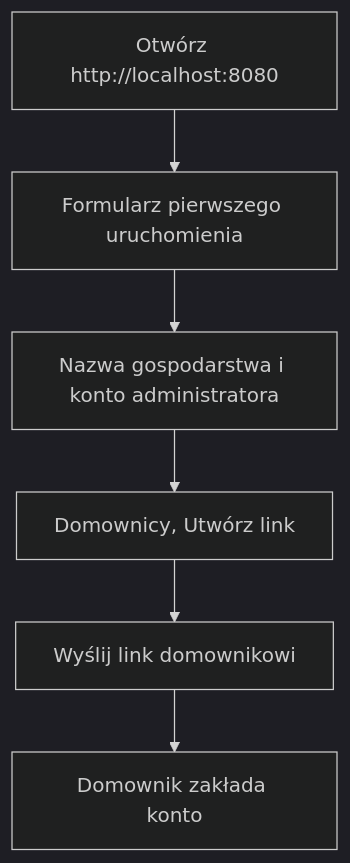
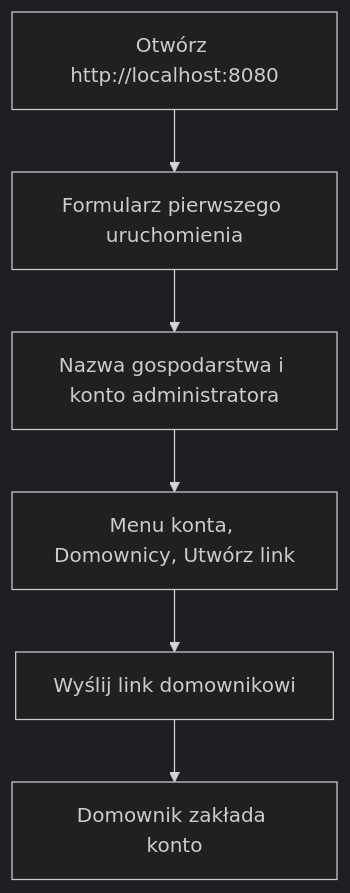
One commit to MarcinCho/mealplan changed the diagram in docs/quickstart.md. Above: the diagram before and after it, drawn with Mermaid (dark theme). The commit also changed other lines of this file and 6 other files, not shown here.

First line of the commit message:
docs: bring README, quickstart and architecture up to date

````diff
--- a/docs/quickstart.md
+++ b/docs/quickstart.md
@@ -47,8 +47,8 @@
 ```mermaid
 flowchart TD
     A[Otwórz http://localhost:8080] --> B[Formularz pierwszego uruchomienia]
     B --> C[Nazwa gospodarstwa i konto administratora]
-    C --> D[Domownicy, Utwórz link]
+    C --> D[Menu konta, Domownicy, Utwórz link]
     D --> E[Wyślij link domownikowi]
     E --> F[Domownik zakłada konto]
 ```
````
